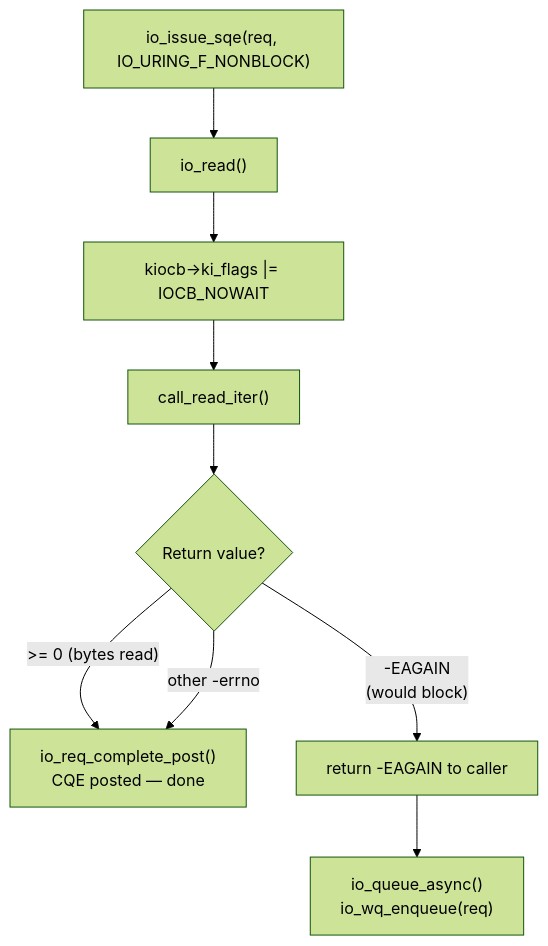
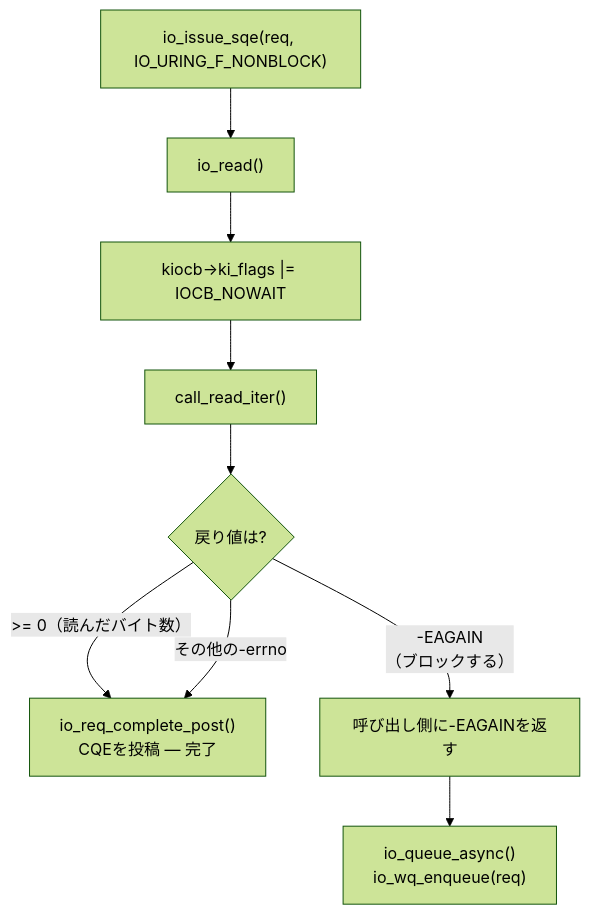
Before and after one commit to doguto/linux-kernel-internals-jp: the second of 4 diagrams in docs/io-uring/life-of-request.md, drawn with Mermaid (forest theme). The commit also changed other lines of this file and 1 other file, not shown here.

````diff
--- a/docs/io-uring/life-of-request.md
+++ b/docs/io-uring/life-of-request.md
@@ -325,13 +325,13 @@
 ```mermaid
 flowchart TD
     A["io_issue_sqe(req, IO_URING_F_NONBLOCK)"] --> B["io_read()"]
     B --> C["kiocb->ki_flags |= IOCB_NOWAIT"]
     C --> D["call_read_iter()"]
-    D --> E{Return value?}
+    D --> E{戻り値は?}
 
-    E -->|">= 0 (bytes read)"| F["io_req_complete_post()\nCQE posted — done"]
-    E -->|"-EAGAIN\n(would block)"| G["return -EAGAIN to caller"]
-    E -->|"other -errno"| F
+    E -->|">= 0（読んだバイト数）"| F["io_req_complete_post()\nCQEを投稿 — 完了"]
+    E -->|"-EAGAIN\n（ブロックする）"| G["呼び出し側に-EAGAINを返す"]
+    E -->|"その他の-errno"| F
 
     G --> H["io_queue_async()\nio_wq_enqueue(req)"]
 ```
````
